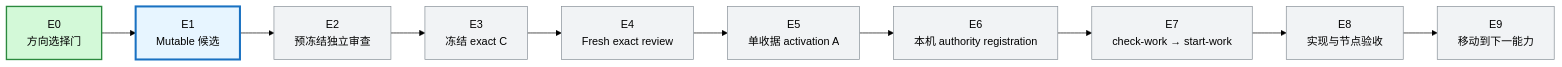
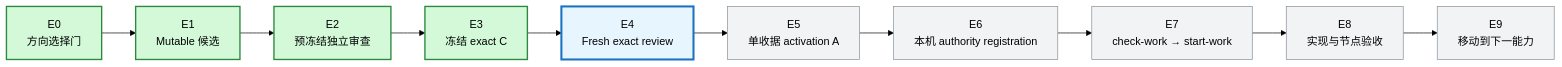
One commit to j-a-v-e-n/knowledge-vault changed the second of 3 diagrams in MyBrain/automation/reports/investment-discipline-system/CURRENT_PROGRESS.md. Above: the diagram before and after it, drawn with Mermaid (forest theme). The commit also changed other lines of this file, not shown here.

````diff
--- a/MyBrain/automation/reports/investment-discipline-system/CURRENT_PROGRESS.md
+++ b/MyBrain/automation/reports/investment-discipline-system/CURRENT_PROGRESS.md
@@ -61,19 +61,19 @@
 ```mermaid
 flowchart LR
     E0["E0<br/>方向选择门"] --> E1["E1<br/>Mutable 候选"]
     E1 --> E2["E2<br/>预冻结独立审查"]
     E2 --> E3["E3<br/>冻结 exact C"]
     E3 --> E4["E4<br/>Fresh exact review"]
     E4 --> E5["E5<br/>单收据 activation A"]
     E5 --> E6["E6<br/>本机 authority registration"]
     E6 --> E7["E7<br/>check-work → start-work"]
     E7 --> E8["E8<br/>实现与节点验收"]
     E8 --> E9["E9<br/>移动到下一能力"]
 
     classDef done fill:#d3f9d8,stroke:#2b8a3e,stroke-width:2px;
     classDef current fill:#e7f5ff,stroke:#1971c2,stroke-width:3px;
     classDef pending fill:#f1f3f5,stroke:#868e96;
-    class E0 done;
-    class E1 current;
-    class E2,E3,E4,E5,E6,E7,E8,E9 pending;
+    class E0,E1,E2,E3 done;
+    class E4 current;
+    class E5,E6,E7,E8,E9 pending;
 ```
````
